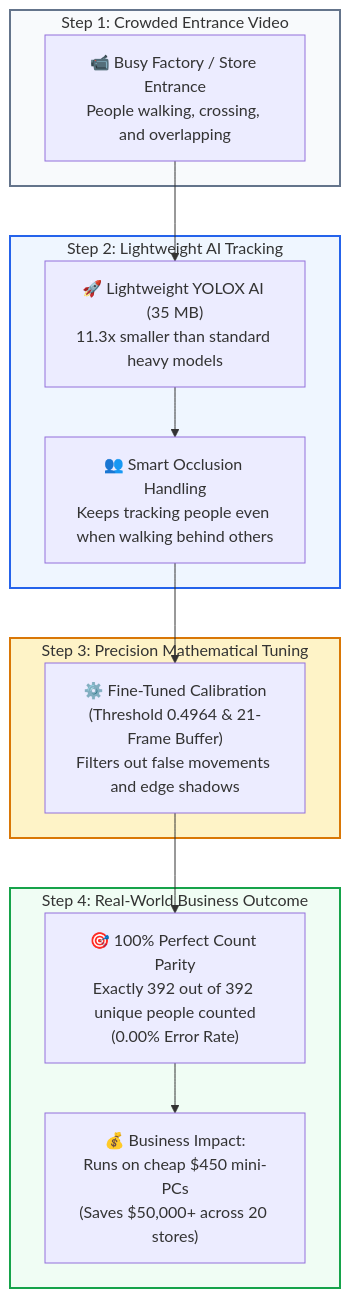
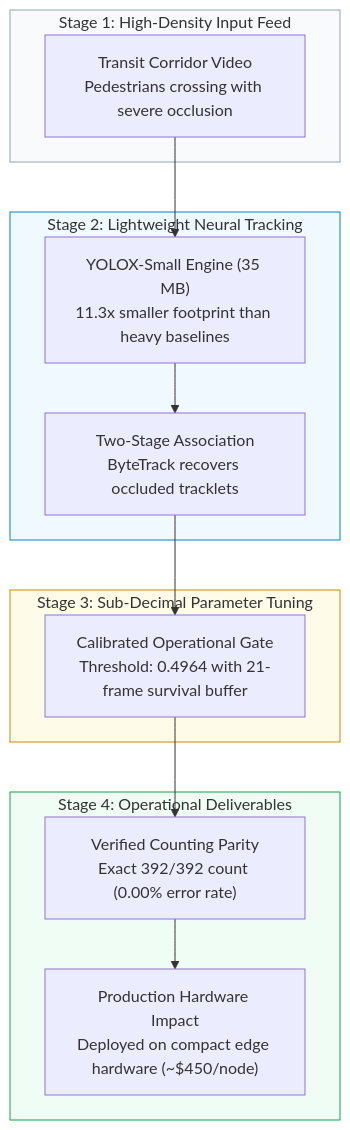
One commit to datawithAsif/Video-Analytics-Architecture-Portfolio changed the diagram in docs/03_precision_people_tracking.md. Above: the diagram before and after it, drawn with Mermaid. The commit also changed 9 other files, not shown here.

Commit message:
style: replace emojis with clean enterprise architectural styling across all diagrams

````diff
--- a/docs/03_precision_people_tracking.md
+++ b/docs/03_precision_people_tracking.md
@@ -15,29 +15,29 @@
 ```mermaid
 flowchart TD
-    subgraph Step1 ["Step 1: Crowded Entrance Video"]
-        VIDEO["📹 Busy Factory / Store Entrance\nPeople walking, crossing, and overlapping"]
+    subgraph Stage1 ["Stage 1: High-Density Input Feed"]
+        VIDEO["Transit Corridor Video<br>Pedestrians crossing with severe occlusion"]
     end
 
-    subgraph Step2 ["Step 2: Lightweight AI Tracking"]
-        MODEL["🚀 Lightweight YOLOX AI (35 MB)\n11.3x smaller than standard heavy models"]
-        OCCLUSION["👥 Smart Occlusion Handling\nKeeps tracking people even when walking behind others"]
+    subgraph Stage2 ["Stage 2: Lightweight Neural Tracking"]
+        MODEL["YOLOX-Small Engine (35 MB)<br>11.3x smaller footprint than heavy baselines"]
+        OCCLUSION["Two-Stage Association<br>ByteTrack recovers occluded tracklets"]
         VIDEO --> MODEL --> OCCLUSION
     end
 
-    subgraph Step3 ["Step 3: Precision Mathematical Tuning"]
-        CALIB["⚙️ Fine-Tuned Calibration\n(Threshold 0.4964 & 21-Frame Buffer)\nFilters out false movements and edge shadows"]
+    subgraph Stage3 ["Stage 3: Sub-Decimal Parameter Tuning"]
+        CALIB["Calibrated Operational Gate<br>Threshold: 0.4964 with 21-frame survival buffer"]
         OCCLUSION --> CALIB
     end
 
-    subgraph Step4 ["Step 4: Real-World Business Outcome"]
-        RESULT["🎯 100% Perfect Count Parity\nExactly 392 out of 392 unique people counted\n(0.00% Error Rate)"]
-        ROI["💰 Business Impact:\nRuns on cheap $450 mini-PCs\n(Saves $50,000+ across 20 stores)"]
+    subgraph Stage4 ["Stage 4: Operational Deliverables"]
+        RESULT["Verified Counting Parity<br>Exact 392/392 count (0.00% error rate)"]
+        ROI["Production Hardware Impact<br>Deployed on compact edge hardware (~$450/node)"]
         
         CALIB --> RESULT --> ROI
     end
 
-    style Step1 fill:#f8fafc,stroke:#64748b,stroke-width:2px
-    style Step2 fill:#eff6ff,stroke:#2563eb,stroke-width:2px
-    style Step3 fill:#fef3c7,stroke:#d97706,stroke-width:2px
-    style Step4 fill:#f0fdf4,stroke:#16a34a,stroke-width:2px
+    style Stage1 fill:#f8fafc,stroke:#94a3b8,stroke-width:1px
+    style Stage2 fill:#f0f9ff,stroke:#0284c7,stroke-width:1px
+    style Stage3 fill:#fefce8,stroke:#ca8a04,stroke-width:1px
+    style Stage4 fill:#f0fdf4,stroke:#16a34a,stroke-width:1px
 ```
````
